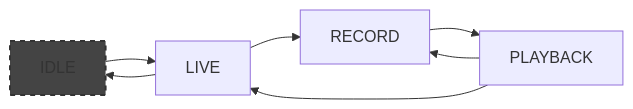
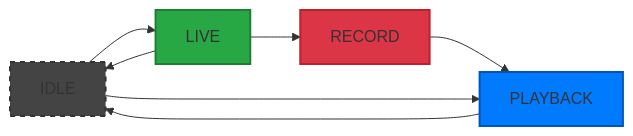
Before and after one commit to ddonyo/camera: the fourth of 4 diagrams in README.md, drawn with Mermaid. The commit also changed other lines of this file and 11 other files, not shown here.

````diff
--- a/README.md
+++ b/README.md
@@ -328,11 +326,14 @@
 ```mermaid
 flowchart LR
     A[IDLE] --> B[LIVE]
     B --> C[RECORD]
     B --> A
-    C --> E[PLAYBACK]
-    E --> C
-    E --> B
+    C --> D[PLAYBACK]
+    D --> A
+    A --> D
 
     style A fill:#444,stroke:#333,stroke-width:2px,stroke-dasharray: 5 5
+    style B fill:#28a745,stroke:#1e7e34,stroke-width:2px
+    style C fill:#dc3545,stroke:#bd2130,stroke-width:2px
+    style D fill:#007bff,stroke:#0056b3,stroke-width:2px
 ```
````
